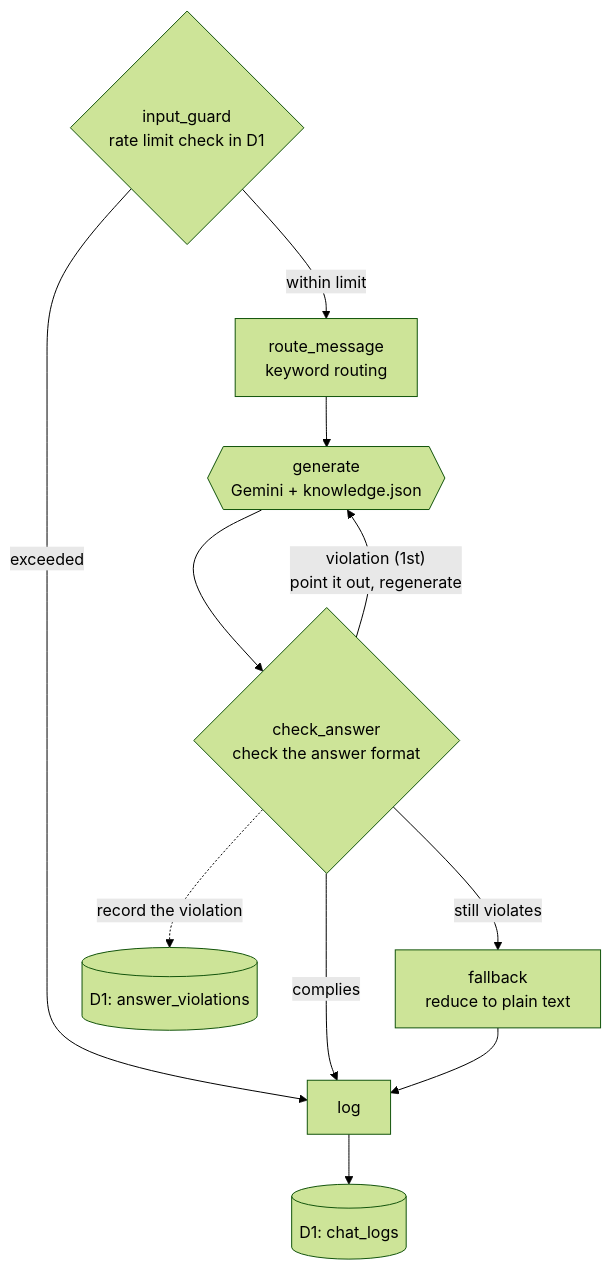
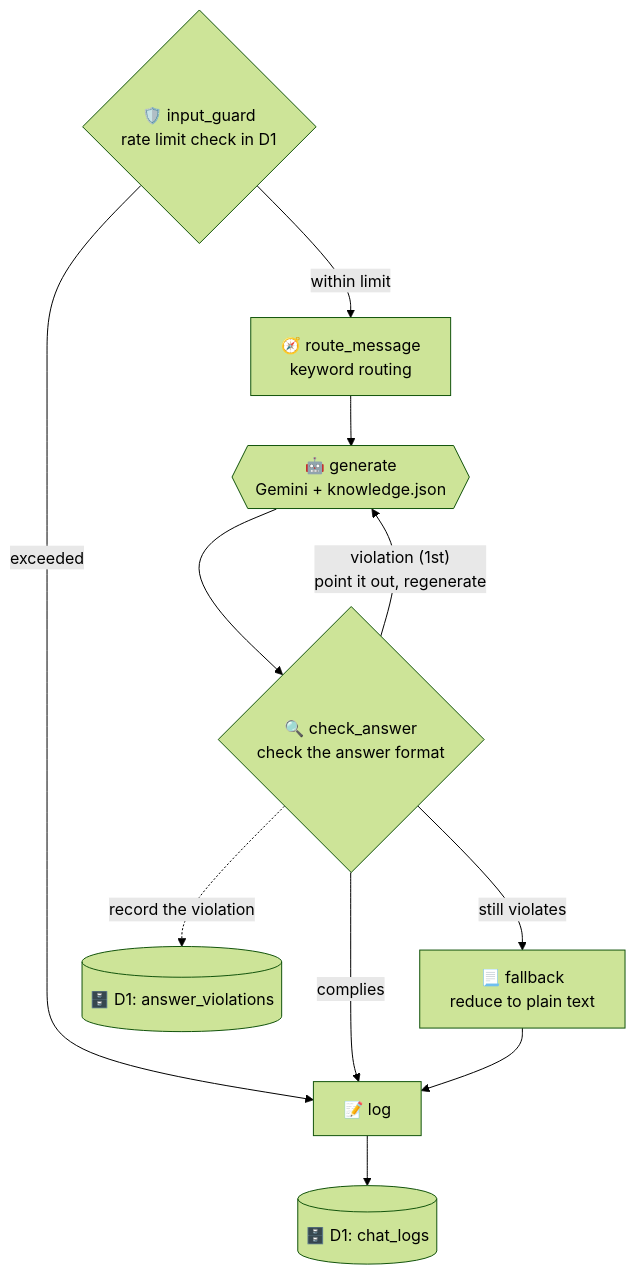
One commit to yktsnet/folio-agent changed the diagram in README.en.md. Above: the diagram before and after it, drawn with Mermaid (forest theme). The commit also changed 1 other file, not shown here.

Commit message:
docs: Mermaid の各ノードに絵文字を置く (#82)

````diff
--- a/README.en.md
+++ b/README.en.md
@@ -39,14 +39,14 @@
 ```mermaid
 flowchart TD
-    Guard{"input_guard<br/>rate limit check in D1"}
-    Guard -->|"within limit"| Route["route_message<br/>keyword routing"]
-    Guard -->|"exceeded"| Log["log"]
-    Route --> Generate{{"generate<br/>Gemini + knowledge.json"}}
-    Generate --> Check{"check_answer<br/>check the answer format"}
+    Guard{"🛡️ input_guard<br/>rate limit check in D1"}
+    Guard -->|"within limit"| Route["🧭 route_message<br/>keyword routing"]
+    Guard -->|"exceeded"| Log["📝 log"]
+    Route --> Generate{{"🤖 generate<br/>Gemini + knowledge.json"}}
+    Generate --> Check{"🔍 check_answer<br/>check the answer format"}
     Check -->|"complies"| Log
     Check -->|"violation (1st)<br/>point it out, regenerate"| Generate
-    Check -->|"still violates"| Fallback["fallback<br/>reduce to plain text"]
+    Check -->|"still violates"| Fallback["📃 fallback<br/>reduce to plain text"]
     Fallback --> Log
-    Check -.->|"record the violation"| Violations[("D1: answer_violations")]
-    Log --> D1[("D1: chat_logs")]
+    Check -.->|"record the violation"| Violations[("🗄️ D1: answer_violations")]
+    Log --> D1[("🗄️ D1: chat_logs")]
 ```
````
